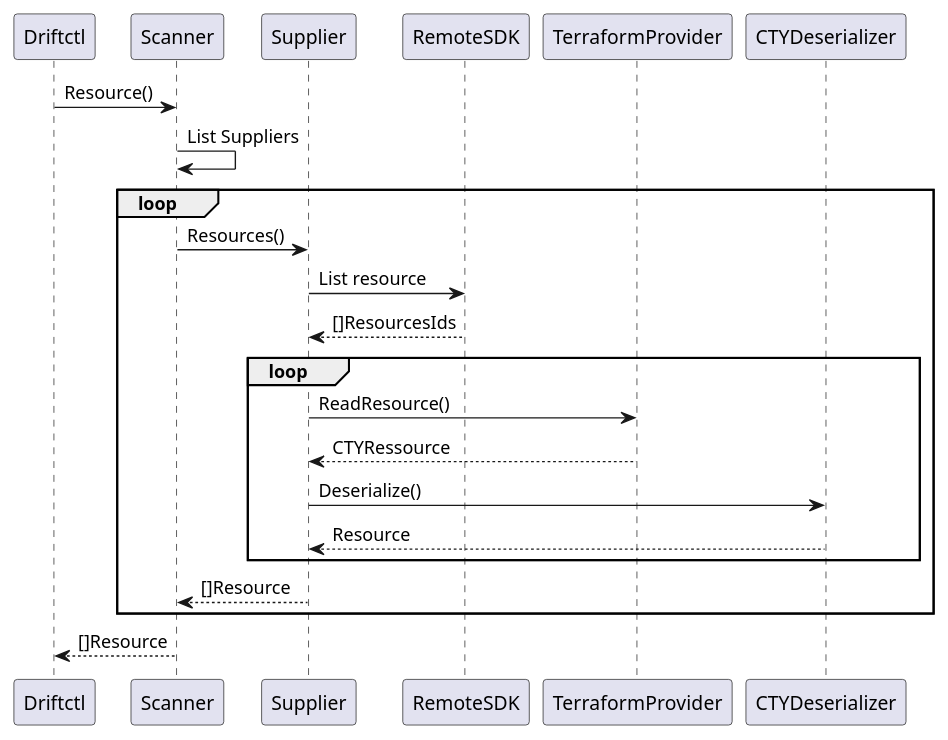
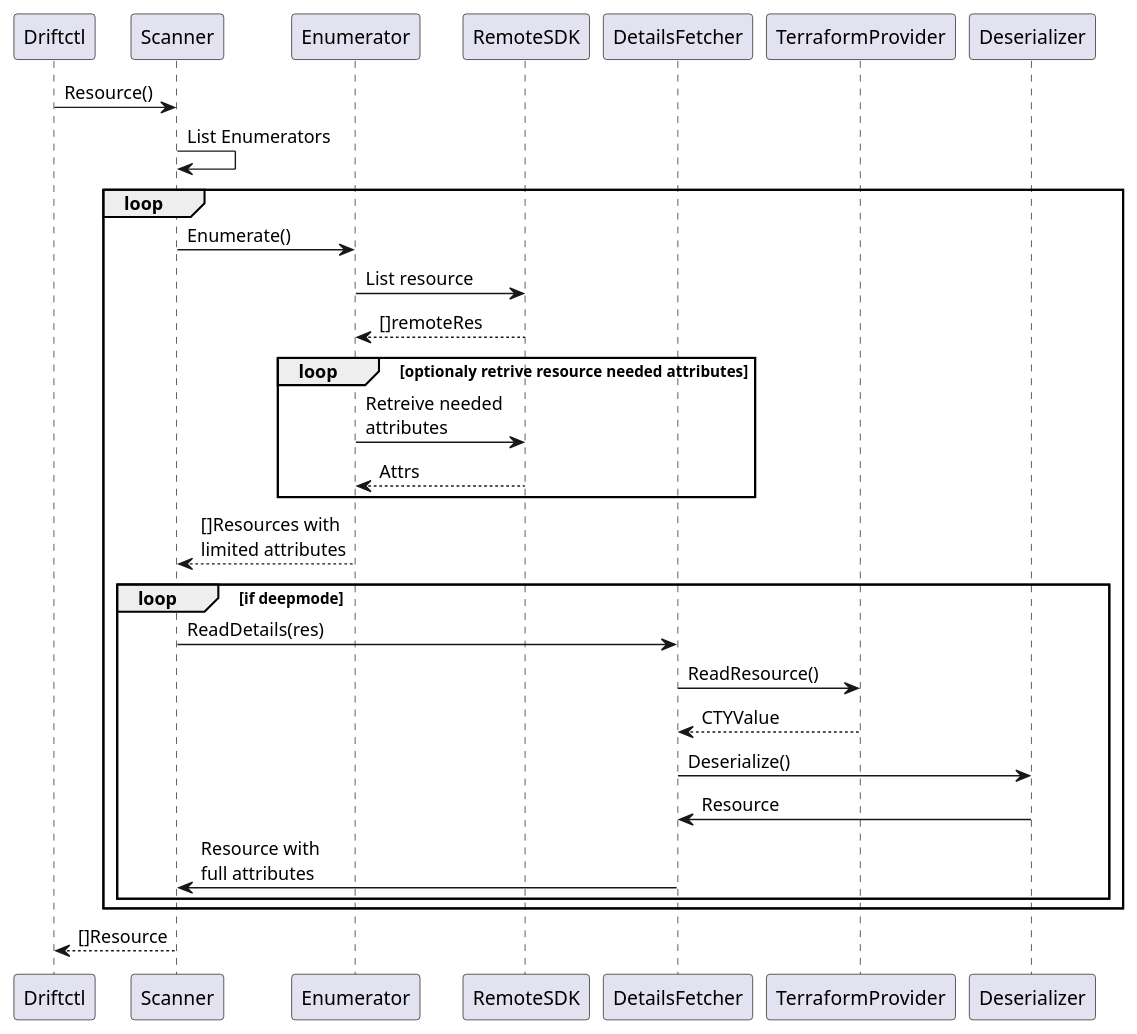
The diagram in docs/media/resource.puml (snyk/driftctl), drawn with PlantUML before and after one commit. The commit also changed 8 other files, not shown here.

Commit message:
update documentation for contributor to be able to add new resources / provider

```diff
--- a/docs/media/resource.puml
+++ b/docs/media/resource.puml
@@ -1,17 +1,23 @@
 @startuml
 Driftctl -> Scanner: Resource()
-Scanner -> Scanner: List Suppliers
+Scanner -> Scanner: List Enumerators
 loop
-Scanner -> Supplier: Resources()
-Supplier -> RemoteSDK: List resource
-RemoteSDK --> Supplier: []ResourcesIds
-loop
-Supplier -> TerraformProvider: ReadResource()
-TerraformProvider --> Supplier: CTYRessource
-Supplier -> CTYDeserializer: Deserialize()
-CTYDeserializer --> Supplier: Resource
+Scanner -> Enumerator: Enumerate()
+Enumerator -> RemoteSDK: List resource
+RemoteSDK --> Enumerator: []remoteRes
+loop optionaly retrive resource needed attributes
+Enumerator -> RemoteSDK: Retreive needed\nattributes
+RemoteSDK --> Enumerator: Attrs
 end
-Supplier --> Scanner: []Resource
+Enumerator --> Scanner: []Resources with\nlimited attributes
+loop if deepmode
+Scanner -> DetailsFetcher: ReadDetails(res)
+DetailsFetcher -> TerraformProvider: ReadResource()
+TerraformProvider --> DetailsFetcher: CTYValue
+DetailsFetcher -> Deserializer: Deserialize()
+Deserializer -> DetailsFetcher: Resource
+DetailsFetcher -> Scanner: Resource with\nfull attributes
+end
 end
 Scanner --> Driftctl: []Resource
 @enduml
```
